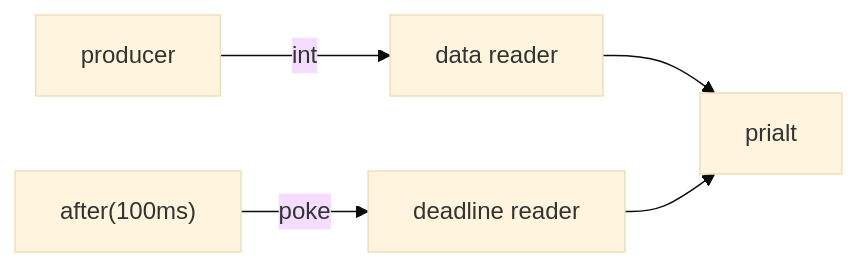
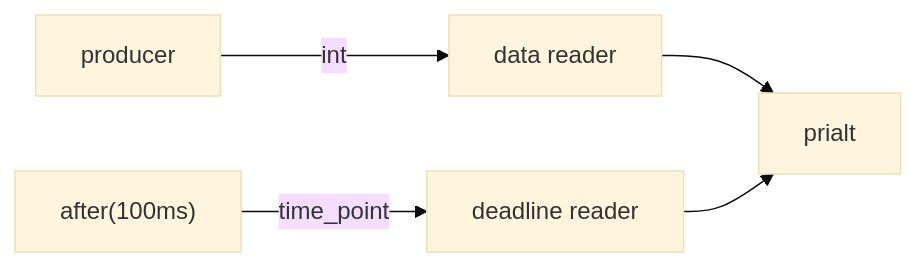
The first of 3 diagrams in docs/guide/04-timers.md (marcelocantos/csp), drawn with Mermaid (base theme) before and after one commit. The commit also changed other lines of this file and 18 other files, not shown here.

First line of the commit message:
Refactor throttle to take external trigger channel; after() returns time_point

````diff
--- a/docs/guide/04-timers.md
+++ b/docs/guide/04-timers.md
@@ -124,7 +125,7 @@
 ```mermaid
 graph LR
     P["producer"] -->|"int"| R["data reader"]
-    T["after(100ms)"] -->|"poke"| D["deadline reader"]
+    T["after(100ms)"] -->|"time_point"| D["deadline reader"]
     R --> A["prialt"]
     D --> A
 ```
````
